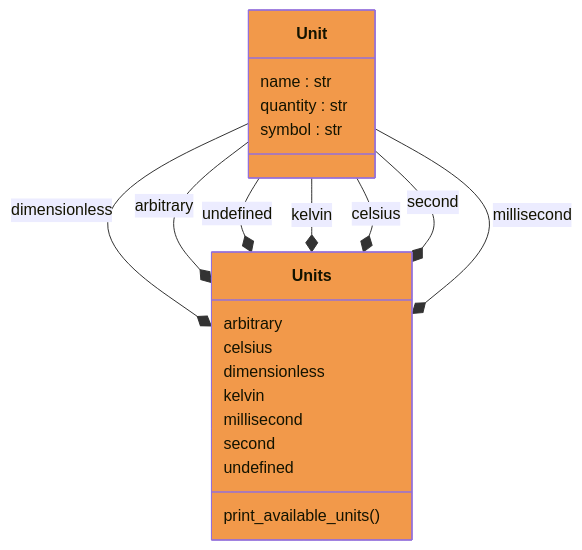
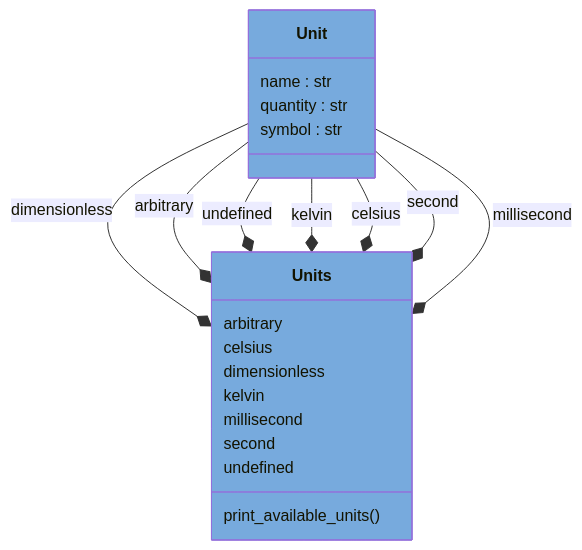
One commit to voidsy-gmbh/pyThermoNDT changed the diagram in docs/pyreverse/mermaid/classes_pythermondt.data.units.mmd. Above: the diagram before and after it, drawn with Mermaid. The commit also changed 59 other files, not shown here.

Commit message:
Update mermaid diagrams

```diff
--- a/docs/pyreverse/mermaid/classes_pythermondt.data.units.mmd
+++ b/docs/pyreverse/mermaid/classes_pythermondt.data.units.mmd
@@ -1,25 +1,25 @@
 classDiagram
   class Unit {
     name : str
     quantity : str
     symbol : str
   }
-  style Unit fill:#F2994A
+  style Unit fill:#77AADD
   class Units {
     arbitrary
     celsius
     dimensionless
     kelvin
     millisecond
     second
     undefined
     print_available_units()
   }
-  style Units fill:#F2994A
+  style Units fill:#77AADD
   Unit --* Units : dimensionless
   Unit --* Units : arbitrary
   Unit --* Units : undefined
   Unit --* Units : kelvin
   Unit --* Units : celsius
   Unit --* Units : second
   Unit --* Units : millisecond
```
